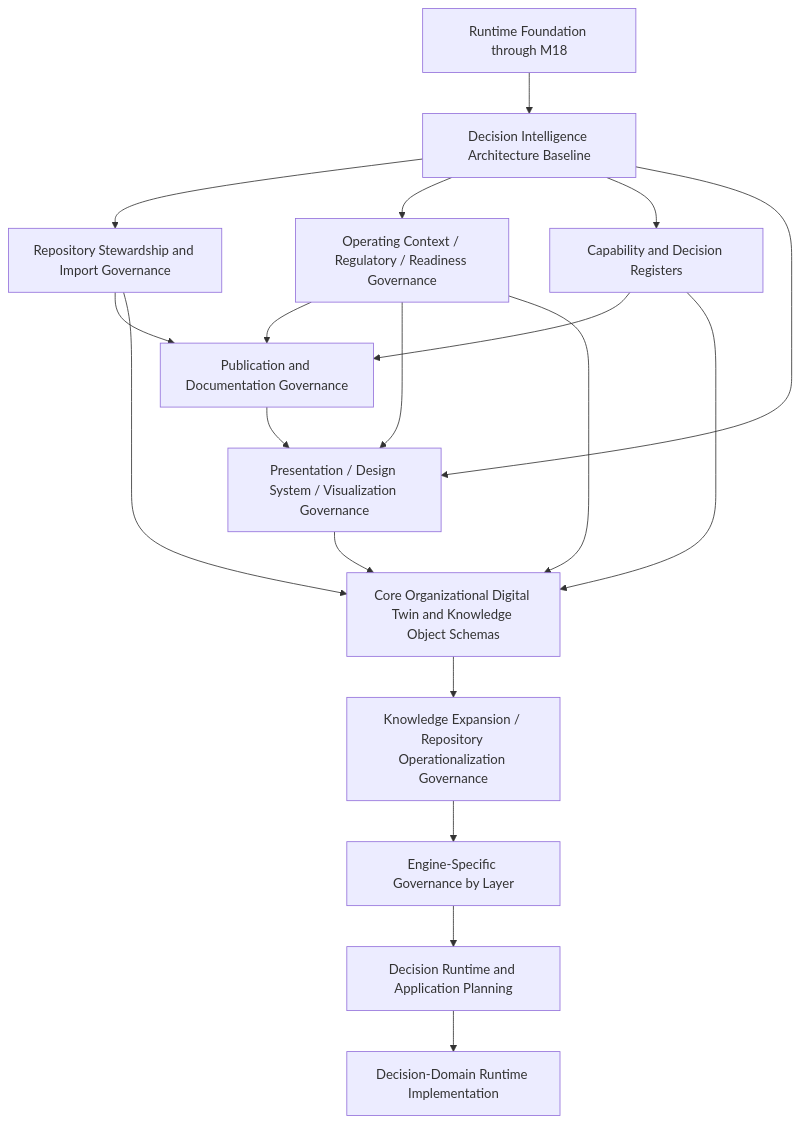
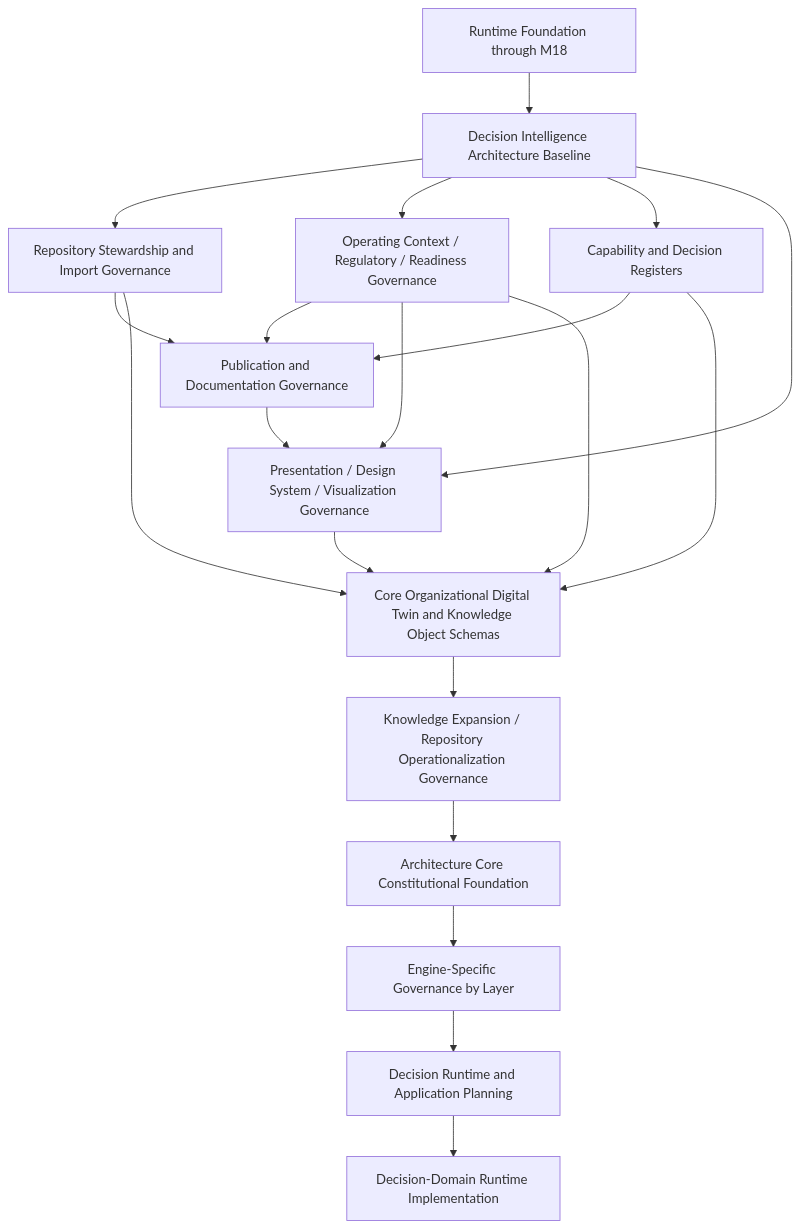
The diagram in Governance/Roadmap/AXI_Roadmap_v1.0.md (shawnfoster/AXI-Platform), drawn with Mermaid before and after one commit. The commit also changed other lines of this file and 12 other files, not shown here.

Commit message:
AI-053: publish architecture core constitutional foundation

````diff
--- a/Governance/Roadmap/AXI_Roadmap_v1.0.md
+++ b/Governance/Roadmap/AXI_Roadmap_v1.0.md
@@ -111,21 +118,22 @@
 ```mermaid
 flowchart TD
     R["Runtime Foundation through M18"] --> A["Decision Intelligence Architecture Baseline"]
     A --> S["Repository Stewardship and Import Governance"]
     A --> C["Operating Context / Regulatory / Readiness Governance"]
     A --> E["Capability and Decision Registers"]
     S --> P0["Publication and Documentation Governance"]
     C --> P0
     E --> P0
     P0 --> P1["Presentation / Design System / Visualization Governance"]
     A --> P1
     C --> P1
     P1 --> D["Core Organizational Digital Twin and Knowledge Object Schemas"]
     S --> D
     C --> D
     E --> D
     D --> K["Knowledge Expansion / Repository Operationalization Governance"]
-    K --> G["Engine-Specific Governance by Layer"]
+    K --> AC["Architecture Core Constitutional Foundation"]
+    AC --> G["Engine-Specific Governance by Layer"]
     G --> P["Decision Runtime and Application Planning"]
     P --> I["Decision-Domain Runtime Implementation"]
 ```
````
